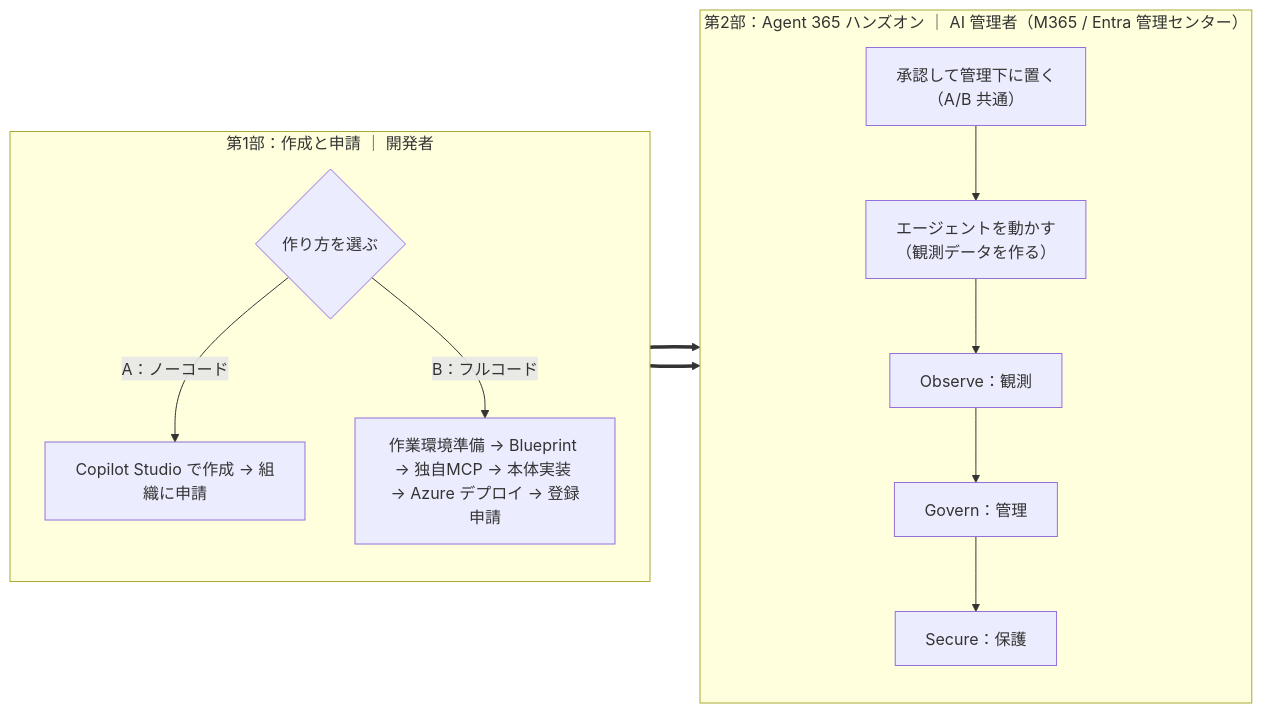
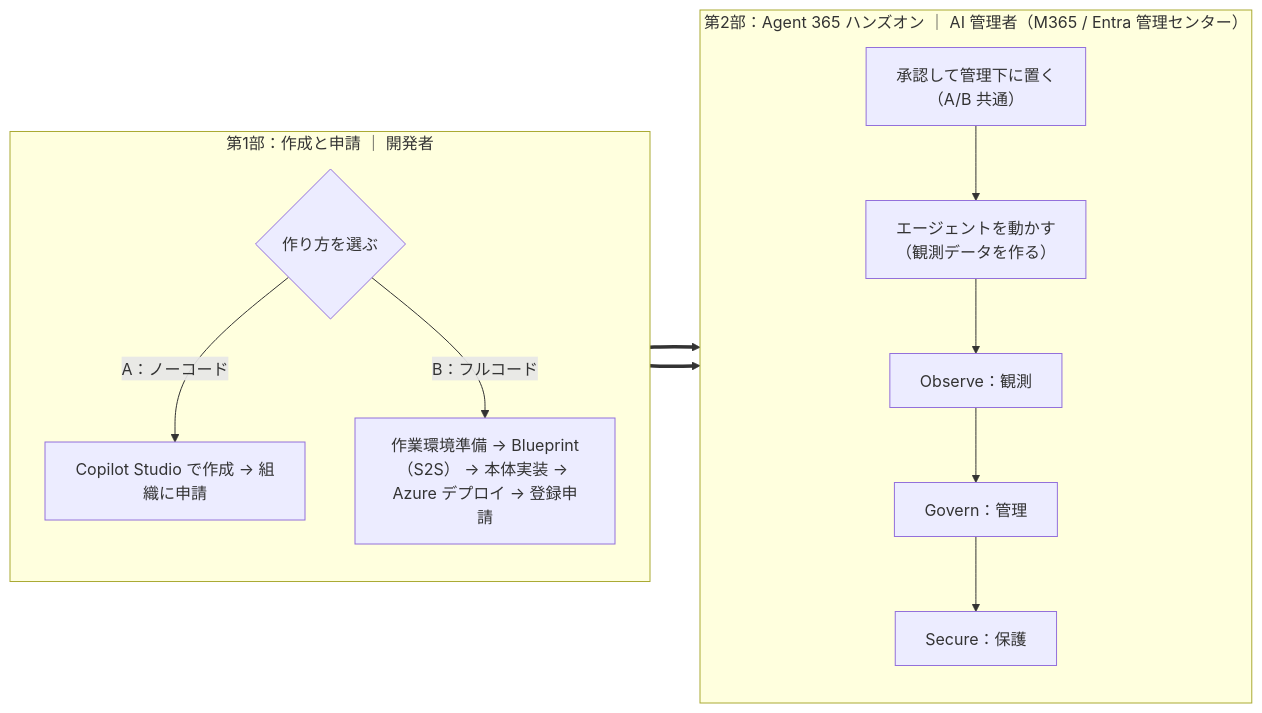
One commit to fatman3110/Agent365-Training changed the diagram in README.MD. Above: the diagram before and after it, drawn with Mermaid. The commit also changed other lines of this file and 23 other files, not shown here.

````diff
--- a/README.MD
+++ b/README.MD
@@ -22,18 +22,18 @@
 ```mermaid
 flowchart LR
     subgraph P1["第1部：作成と申請 ｜ 開発者"]
         direction TB
         A0{"作り方を選ぶ"}
         A0 -->|"A：ノーコード"| AA["Copilot Studio で作成 → 組織に申請"]
-        A0 -->|"B：フルコード"| AB["作業環境準備 → Blueprint → 独自MCP → 本体実装 → Azure デプロイ → 登録申請"]
+        A0 -->|"B：フルコード"| AB["作業環境準備 → Blueprint（S2S） → 本体実装 → Azure デプロイ → 登録申請"]
     end
     subgraph P2["第2部：Agent 365 ハンズオン ｜ AI 管理者（M365 / Entra 管理センター）"]
         direction TB
         B1["承認して管理下に置く<br/>（A/B 共通）"] --> B2["エージェントを動かす<br/>（観測データを作る）"]
         B2 --> B3["Observe：観測"]
         B3 --> B4["Govern：管理"]
         B4 --> B5["Secure：保護"]
     end
     AA ==> B1
     AB ==> B1
 ```
````
